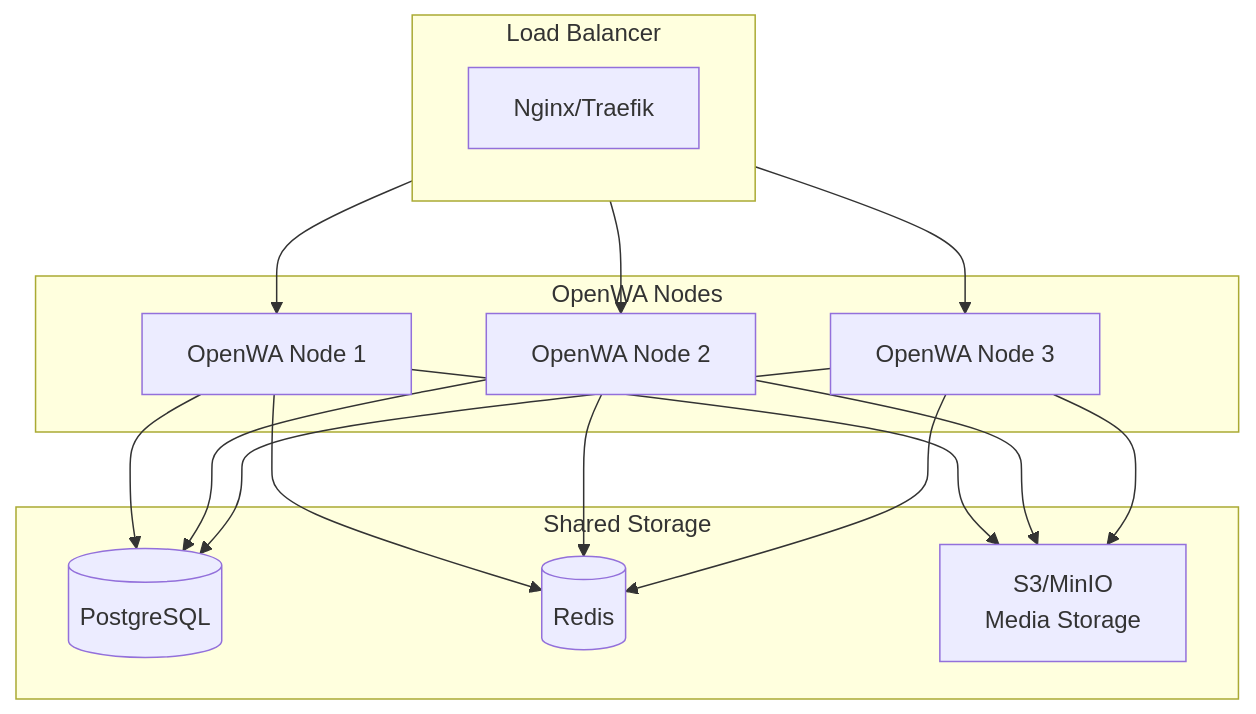
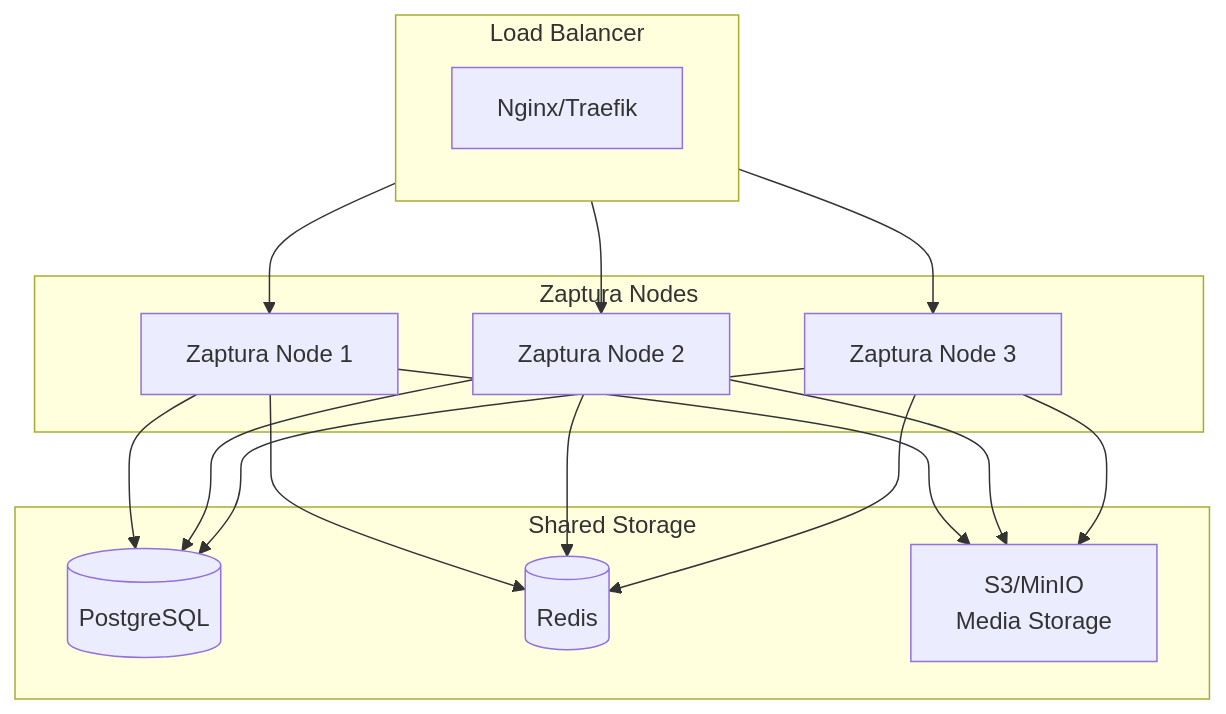
Before and after one commit to AsmSafone/Whatsapp-SaaS: the diagram in docs/13-horizontal-scaling.md, drawn with Mermaid. The commit also changed other lines of this file and 940 other files, not shown here.

````diff
--- a/docs/13-horizontal-scaling.md
+++ b/docs/13-horizontal-scaling.md
@@ -132,34 +132,34 @@
 ```mermaid
 flowchart TB
     subgraph LB["Load Balancer"]
         NGINX[Nginx/Traefik]
     end
 
-    subgraph Nodes["OpenWA Nodes"]
-        N1[OpenWA Node 1]
-        N2[OpenWA Node 2]
-        N3[OpenWA Node 3]
+    subgraph Nodes["Zaptura Nodes"]
+        N1[Zaptura Node 1]
+        N2[Zaptura Node 2]
+        N3[Zaptura Node 3]
     end
 
     subgraph Storage["Shared Storage"]
         PG[(PostgreSQL)]
         REDIS[(Redis)]
         S3[S3/MinIO<br/>Media Storage]
     end
 
     LB --> N1
     LB --> N2
     LB --> N3
 
     N1 --> PG
     N2 --> PG
     N3 --> PG
 
     N1 --> REDIS
     N2 --> REDIS
     N3 --> REDIS
 
     N1 --> S3
     N2 --> S3
     N3 --> S3
 ```
````
